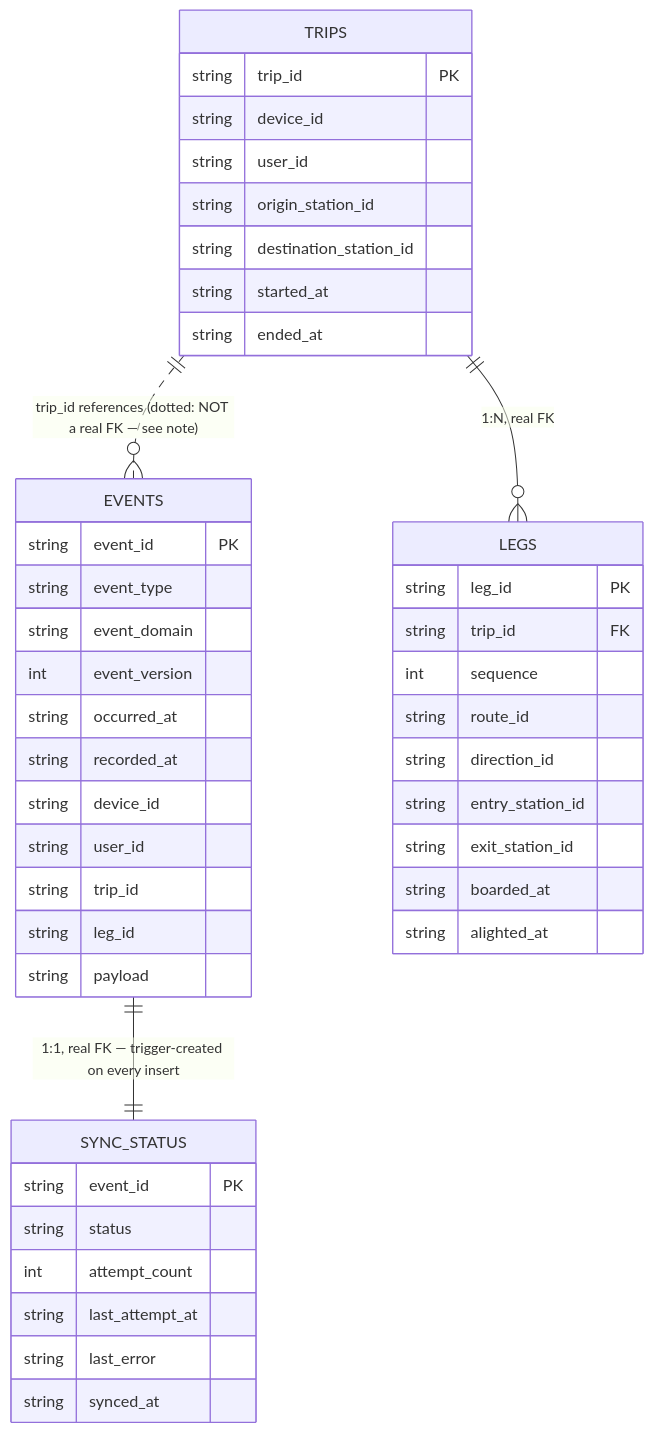
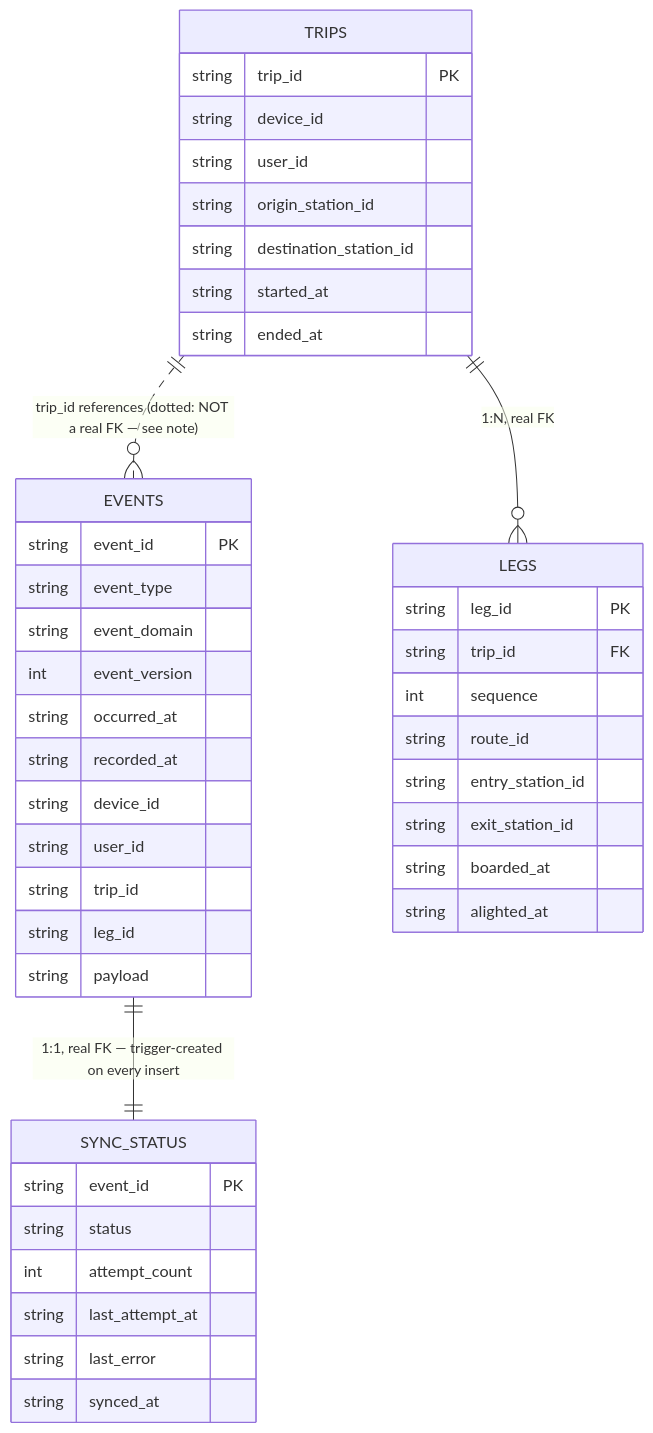
The first of 2 diagrams in docs/data-layer/ERD.md (vanbrantley/subway-quest), drawn with Mermaid before and after one commit. The commit also changed other lines of this file and 4 other files, not shown here.

Commit message:
add schema tests and fix time day inconsistency

````diff
--- a/docs/data-layer/ERD.md
+++ b/docs/data-layer/ERD.md
@@ -8,48 +8,47 @@
 ```mermaid
 erDiagram
     EVENTS {
         string event_id PK
         string event_type
         string event_domain
         int event_version
         string occurred_at
         string recorded_at
         string device_id
         string user_id
         string trip_id
         string leg_id
         string payload
     }
     SYNC_STATUS {
         string event_id PK
         string status
         int attempt_count
         string last_attempt_at
         string last_error
         string synced_at
     }
     TRIPS {
         string trip_id PK
         string device_id
         string user_id
         string origin_station_id
         string destination_station_id
         string started_at
         string ended_at
     }
     LEGS {
         string leg_id PK
         string trip_id FK
         int sequence
         string route_id
-        string direction_id
         string entry_station_id
         string exit_station_id
         string boarded_at
         string alighted_at
     }
 
     EVENTS ||--|| SYNC_STATUS : "1:1, real FK — trigger-created on every insert"
     TRIPS ||--o{ LEGS : "1:N, real FK"
     TRIPS ||..o{ EVENTS : "trip_id references (dotted: NOT a real FK — see note)"
 ```
````
